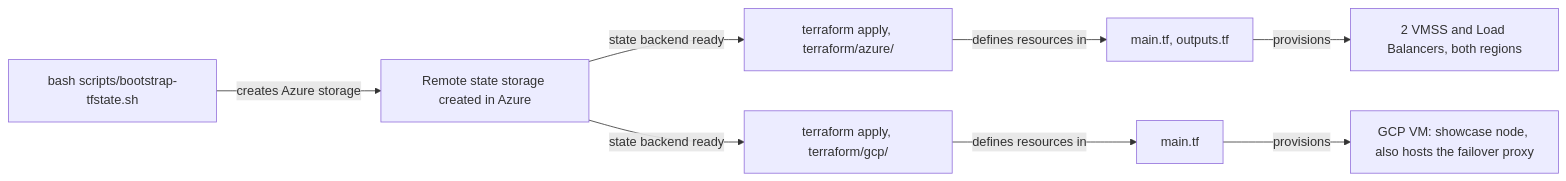
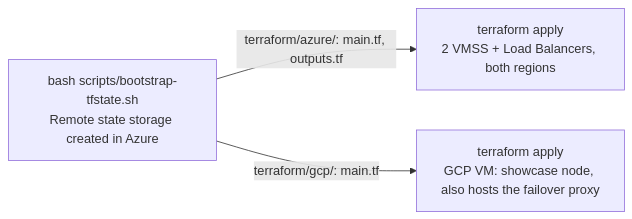
One commit to Dennis4507/cloud-native-ha-platform changed the first of 4 diagrams in README.md. Above: the diagram before and after it, drawn with Mermaid. The commit also changed other lines of this file, not shown here.

First line of the commit message:
Merge command+result into single two-line boxes across all 4 diagrams

````diff
--- a/README.md
+++ b/README.md
@@ -41,10 +41,6 @@
 ```mermaid
 flowchart LR
-    CMD0["bash scripts/bootstrap-tfstate.sh"] -->|creates Azure storage| OUT0["Remote state storage created in Azure"]
-    OUT0 -->|state backend ready| CMD1["terraform apply, terraform/azure/"]
-    CMD1 -->|defines resources in| TFAZ["main.tf, outputs.tf"]
-    TFAZ -->|provisions| OUT1["2 VMSS and Load Balancers, both regions"]
-    OUT0 -->|state backend ready| CMD2["terraform apply, terraform/gcp/"]
-    CMD2 -->|defines resources in| TFGCP["main.tf"]
-    TFGCP -->|provisions| OUT2["GCP VM: showcase node, also hosts the failover proxy"]
+    CMD0["bash scripts/bootstrap-tfstate.sh<br/>Remote state storage created in Azure"]
+    CMD0 -->|terraform/azure/: main.tf, outputs.tf| OUT1["terraform apply<br/>2 VMSS + Load Balancers, both regions"]
+    CMD0 -->|terraform/gcp/: main.tf| OUT2["terraform apply<br/>GCP VM: showcase node, also hosts the failover proxy"]
 ```
````
